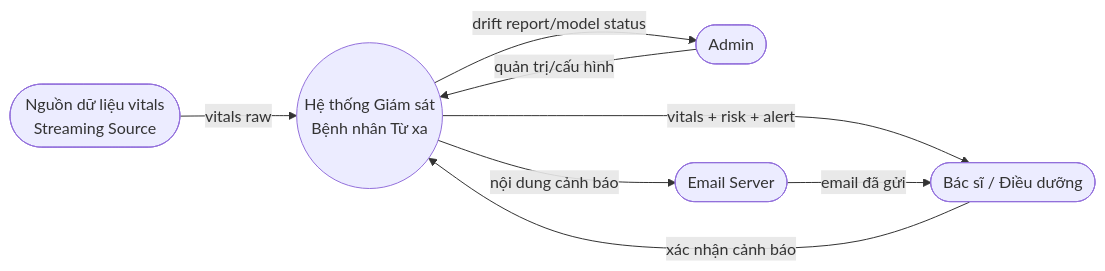
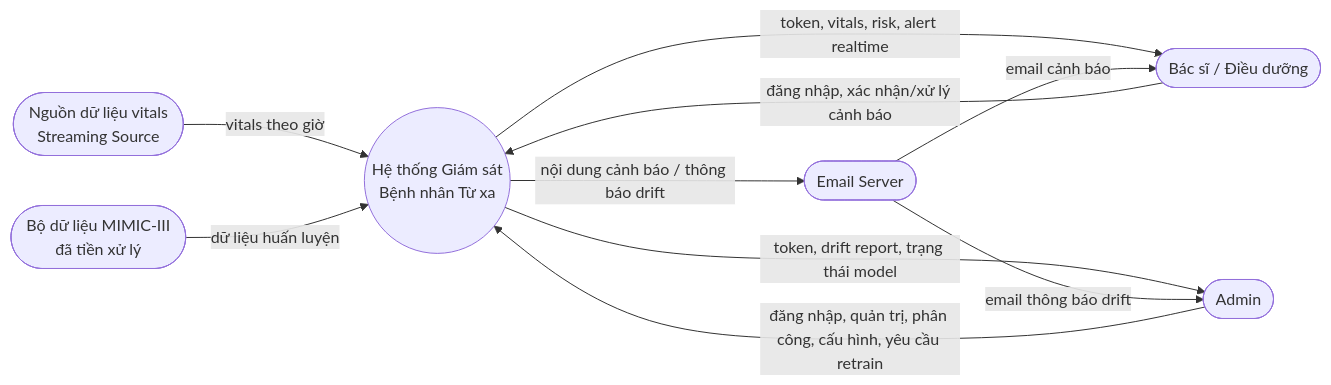
Before and after one commit to MinhNguyen1007/Remote-patient-monitoring-system-using-Streaming-MLOps: the first of 2 diagrams in docs/design/02_6_dfd_database.md, drawn with Mermaid. The commit also changed other lines of this file and 21 other files, not shown here.

````diff
--- a/docs/design/02_6_dfd_database.md
+++ b/docs/design/02_6_dfd_database.md
@@ -5,15 +5,18 @@
 ```mermaid
 flowchart LR
     Streaming([Nguồn dữ liệu vitals<br/>Streaming Source])
+    Dataset([Bộ dữ liệu MIMIC-III<br/>đã tiền xử lý])
     Staff([Bác sĩ / Điều dưỡng])
     Admin([Admin])
     EmailSrv([Email Server])
 
-    Streaming -- vitals raw --> SYS((Hệ thống Giám sát<br/>Bệnh nhân Từ xa))
-    SYS -- vitals + risk + alert --> Staff
-    Staff -- xác nhận cảnh báo --> SYS
-    Admin -- quản trị/cấu hình --> SYS
-    SYS -- drift report/model status --> Admin
-    SYS -- nội dung cảnh báo --> EmailSrv
-    EmailSrv -- email đã gửi --> Staff
+    Streaming -- vitals theo giờ --> SYS((Hệ thống Giám sát<br/>Bệnh nhân Từ xa))
+    Dataset -- dữ liệu huấn luyện --> SYS
+    Staff -- đăng nhập, xác nhận/xử lý cảnh báo --> SYS
+    SYS -- token, vitals, risk, alert realtime --> Staff
+    Admin -- đăng nhập, quản trị, phân công, cấu hình, yêu cầu retrain --> SYS
+    SYS -- token, drift report, trạng thái model --> Admin
+    SYS -- nội dung cảnh báo / thông báo drift --> EmailSrv
+    EmailSrv -- email cảnh báo --> Staff
+    EmailSrv -- email thông báo drift --> Admin
 ```
````
